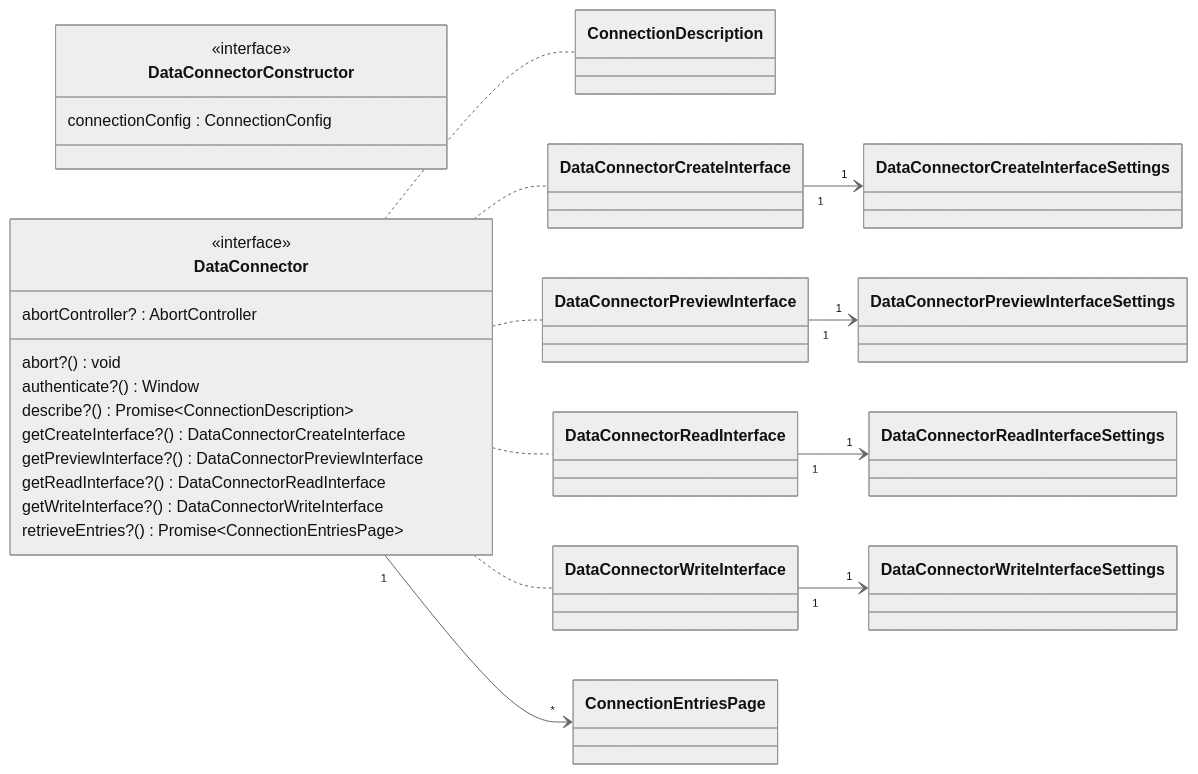
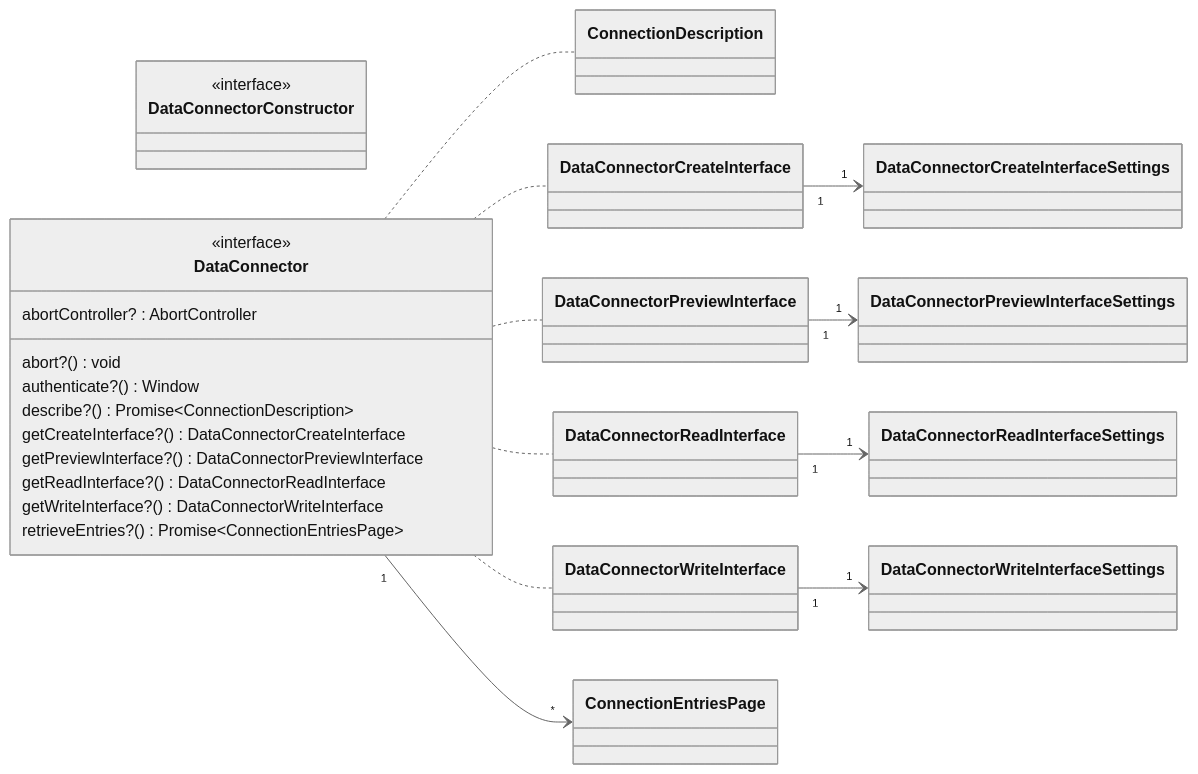
The sixth of 22 diagrams in README.md (data-positioning/datapos-shared), drawn with Mermaid (neutral theme) before and after one commit. The commit also changed 4 other files, not shown here.

````diff
--- a/README.md
+++ b/README.md
@@ -216,33 +216,32 @@
 ```mermaid
 classDiagram
     direction LR
 
     class DataConnectorConstructor {
         <<interface>>
-        connectionConfig : ConnectionConfig
     }
 
     class DataConnector {
         <<interface>>
         abortController? :  AbortController
         abort?() void
         authenticate?() Window
         describe?() Promise~ConnectionDescription~
         getCreateInterface?() DataConnectorCreateInterface
         getPreviewInterface?() DataConnectorPreviewInterface
         getReadInterface?() DataConnectorReadInterface
         getWriteInterface?() DataConnectorWriteInterface
         retrieveEntries?() Promise~ConnectionEntriesPage~
     }
 
     DataConnector .. ConnectionDescription
     DataConnector .. DataConnectorCreateInterface
     DataConnectorCreateInterface "1" --> "1" DataConnectorCreateInterfaceSettings
     DataConnector .. DataConnectorPreviewInterface
     DataConnectorPreviewInterface "1" --> "1" DataConnectorPreviewInterfaceSettings
     DataConnector .. DataConnectorReadInterface
     DataConnectorReadInterface "1" --> "1" DataConnectorReadInterfaceSettings
     DataConnector .. DataConnectorWriteInterface
     DataConnectorWriteInterface "1" --> "1" DataConnectorWriteInterfaceSettings
     DataConnector "1" --> "*" ConnectionEntriesPage
 ```
````
